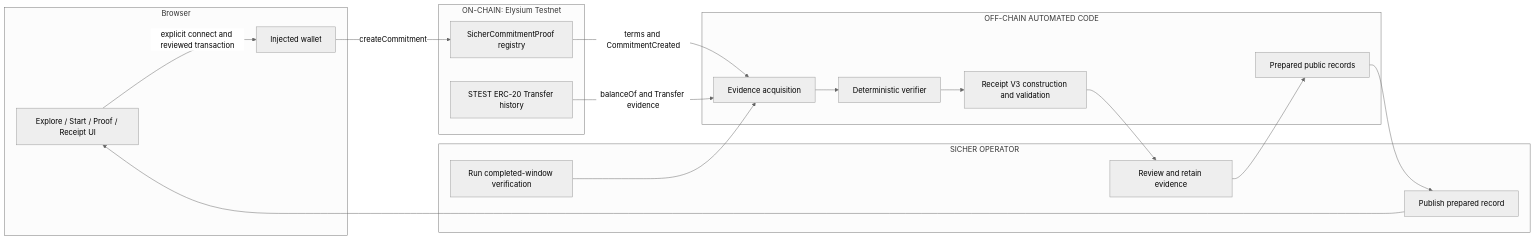
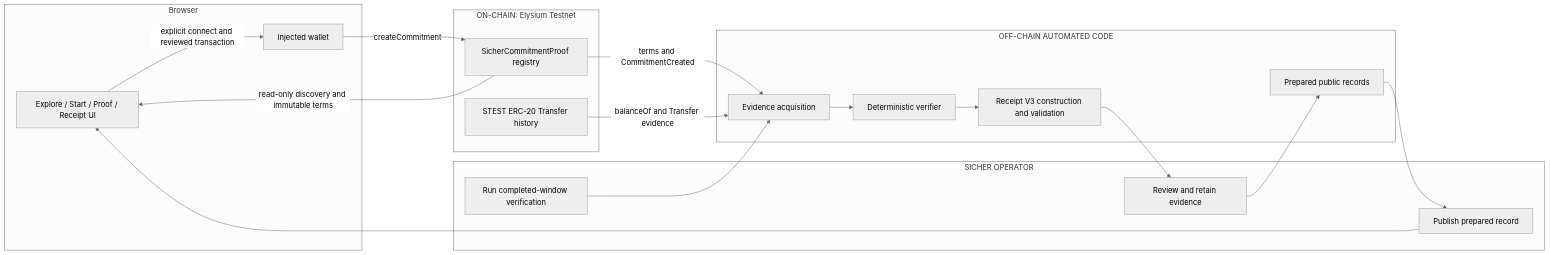
Before and after one commit to YakiUdoph/Sicher: the diagram in docs/ARCHITECTURE.md, drawn with Mermaid (neutral theme). The commit also changed other lines of this file and 10 other files, not shown here.

````diff
--- a/docs/ARCHITECTURE.md
+++ b/docs/ARCHITECTURE.md
@@ -9,37 +9,38 @@
 ```mermaid
 flowchart LR
   subgraph Browser[Browser]
     UI[Explore / Start / Proof / Receipt UI]
     Wallet[Injected wallet]
   end
 
   subgraph Chain[ON-CHAIN: Elysium Testnet]
     Registry[SicherCommitmentProof registry]
     Token[STEST ERC-20 Transfer history]
   end
 
   subgraph Code[OFF-CHAIN AUTOMATED CODE]
     Acquire[Evidence acquisition]
     Verify[Deterministic verifier]
     Receipt[Receipt V3 construction and validation]
     Prepare[Prepared public records]
   end
 
   subgraph Operator[SICHER OPERATOR]
     Run[Run completed-window verification]
     Review[Review and retain evidence]
     Publish[Publish prepared record]
   end
 
   UI -->|explicit connect and reviewed transaction| Wallet
   Wallet -->|createCommitment| Registry
+  Registry -->|read-only discovery and immutable terms| UI
   Registry -->|terms and CommitmentCreated| Acquire
   Token -->|balanceOf and Transfer evidence| Acquire
   Run --> Acquire
   Acquire --> Verify
   Verify --> Receipt
   Receipt --> Review
   Review --> Prepare
   Prepare --> Publish
   Publish --> UI
 ```
````
